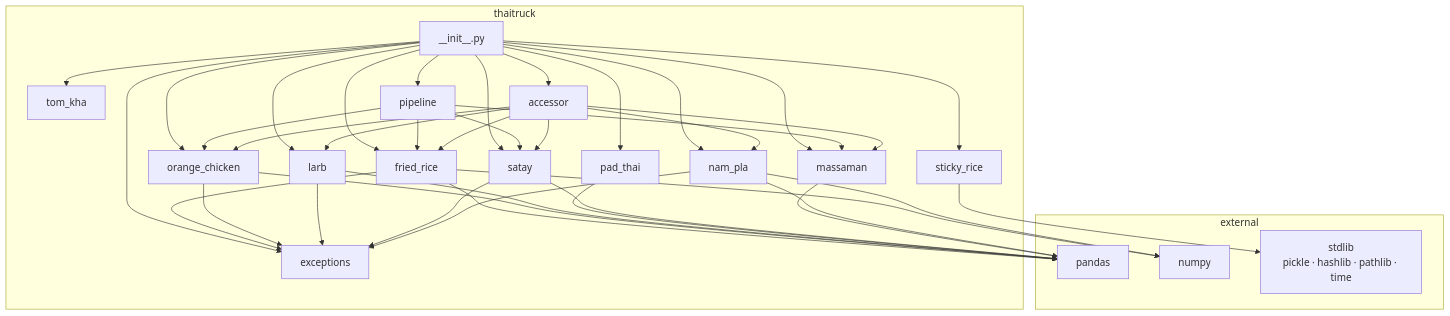
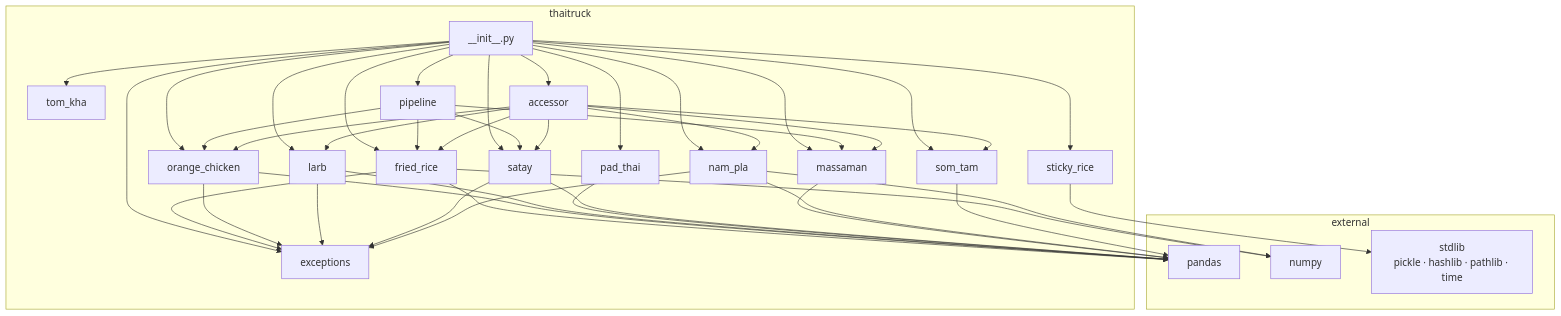
The first of 4 diagrams in ARCHITECTURE.md (sgtidwellgit/ThaiTruck), drawn with Mermaid before and after one commit. The commit also changed other lines of this file and 7 other files, not shown here.

First line of the commit message:
Add som_tam DataFrame diffing

````diff
--- a/ARCHITECTURE.md
+++ b/ARCHITECTURE.md
@@ -67,65 +70,69 @@
 ```mermaid
 graph TD
     subgraph thaitruck
         FR[fried_rice]
         OC[orange_chicken]
         LB[larb]
         PT[pad_thai]
         SR[sticky_rice]
         ST[satay]
         TK[tom_kha]
         MM[massaman]
         NP_[nam_pla]
+        SOM[som_tam]
         EX[exceptions]
         PIPE[pipeline]
         ACC[accessor]
         INIT[__init__.py]
     end
 
     subgraph external
         PD[pandas]
         NP[numpy]
         SL[stdlib<br/>pickle · hashlib · pathlib · time]
     end
 
     INIT --> FR
     INIT --> OC
     INIT --> LB
     INIT --> PT
     INIT --> SR
     INIT --> ST
     INIT --> TK
     INIT --> MM
     INIT --> NP_
+    INIT --> SOM
     INIT --> EX
     INIT --> PIPE
     INIT --> ACC
 
     FR --> PD
     FR --> NP
     FR --> EX
     OC --> PD
     OC --> EX
     LB --> PD
     LB --> EX
     PT --> PD
     SR --> SL
     ST --> PD
     ST --> EX
     MM --> PD
     NP_ --> PD
     NP_ --> NP
     NP_ --> EX
+    SOM --> PD
 
     PIPE --> FR
     PIPE --> OC
     PIPE --> ST
     PIPE --> MM
 
     ACC --> FR
     ACC --> OC
     ACC --> LB
     ACC --> ST
     ACC --> MM
     ACC --> NP_
+    ACC --> SOM
 ```
````
